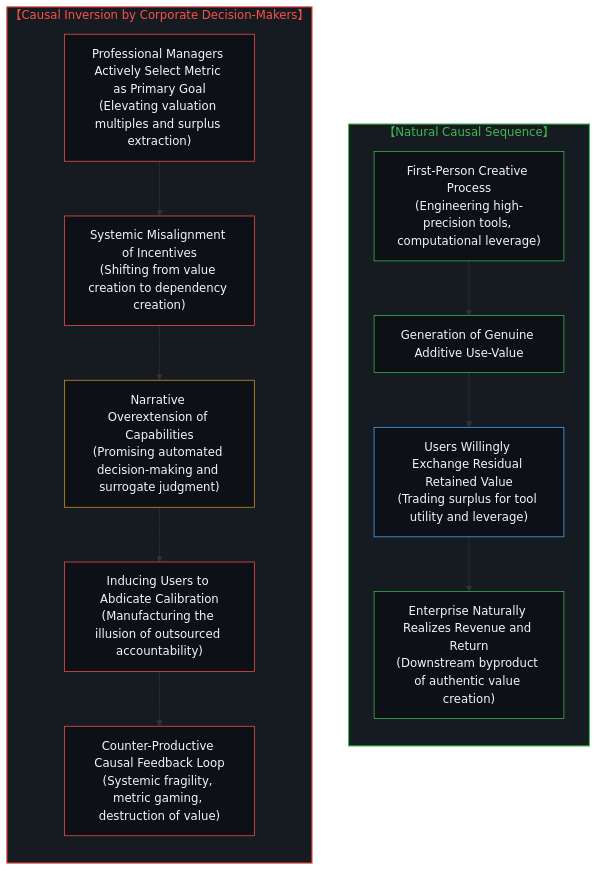
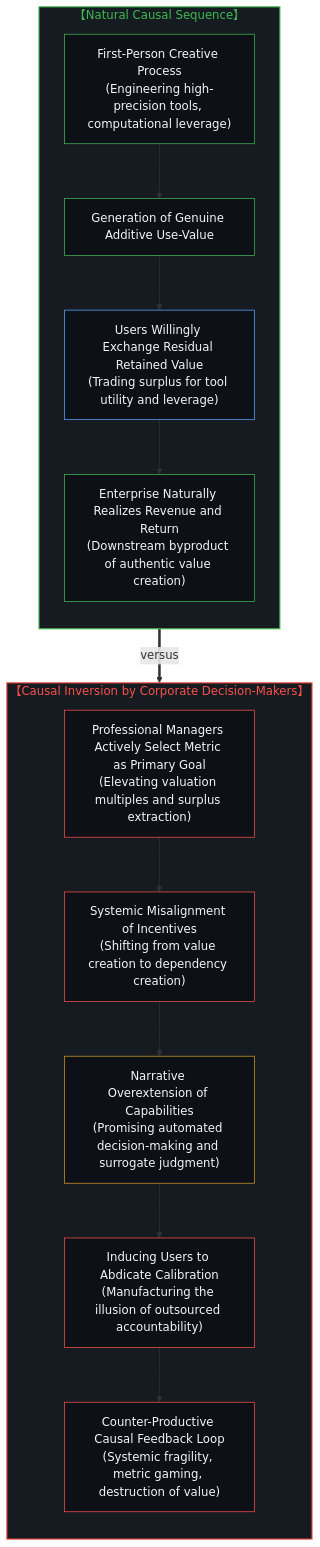
One commit to powerpig99/not-a-toe changed the sixth of 12 diagrams in content/posts/the-delegation-of-the-task-and-the-inalienability-of-consequences.md. Above: the diagram before and after it, drawn with Mermaid. The commit also changed other lines of this file and 2 other files, not shown here.

Commit message:
Delegation essay: interleave bilingual paragraphs, vertical diagrams; reverse link to The Comment Is Not the Code

````diff
--- a/content/posts/the-delegation-of-the-task-and-the-inalienability-of-consequences.md
+++ b/content/posts/the-delegation-of-the-task-and-the-inalienability-of-consequences.md
@@ -189,29 +191,31 @@
 ```mermaid
 graph TD
     subgraph Natural_Causal_Order_EN["【Natural Causal Sequence】"]
         direction TB
         V1_EN["First-Person Creative Process<br/>(Engineering high-precision tools, computational leverage)"] --> V2_EN["Generation of Genuine Additive Use-Value"]
         V2_EN --> V3_EN["Users Willingly Exchange Residual Retained Value<br/>(Trading surplus for tool utility and leverage)"]
         V3_EN --> V4_EN["Enterprise Naturally Realizes Revenue and Return<br/>(Downstream byproduct of authentic value creation)"]
     end
 
     subgraph Inverted_Causal_Order_EN["【Causal Inversion by Corporate Decision-Makers】"]
         direction TB
         I1_EN["Professional Managers Actively Select Metric as Primary Goal<br/>(Elevating valuation multiples and surplus extraction)"] --> I2_EN["Systemic Misalignment of Incentives<br/>(Shifting from value creation to dependency creation)"]
         I2_EN --> I3_EN["Narrative Overextension of Capabilities<br/>(Promising automated decision-making and surrogate judgment)"]
         I3_EN --> I4_EN["Inducing Users to Abdicate Calibration<br/>(Manufacturing the illusion of outsourced accountability)"]
         I4_EN --> I5_EN["Counter-Productive Causal Feedback Loop<br/>(Systemic fragility, metric gaming, destruction of value)"]
     end
 
+    Natural_Causal_Order_EN ==>|"versus"| Inverted_Causal_Order_EN
+
     style Natural_Causal_Order_EN fill:#161b22,stroke:#3fb950,stroke-width:1.5px,color:#3fb950
     style Inverted_Causal_Order_EN fill:#161b22,stroke:#f85149,stroke-width:1.5px,color:#f85149
     style V1_EN fill:#0d1117,stroke:#3fb950,stroke-width:1px,color:#f0f6fc
     style V2_EN fill:#0d1117,stroke:#3fb950,stroke-width:1px,color:#f0f6fc
     style V3_EN fill:#0d1117,stroke:#58a6ff,stroke-width:1px,color:#f0f6fc
     style V4_EN fill:#0d1117,stroke:#3fb950,stroke-width:1px,color:#f0f6fc
     style I1_EN fill:#0d1117,stroke:#f85149,stroke-width:1px,color:#f0f6fc
     style I2_EN fill:#0d1117,stroke:#f85149,stroke-width:1px,color:#f0f6fc
     style I3_EN fill:#0d1117,stroke:#d29922,stroke-width:1px,color:#f0f6fc
     style I4_EN fill:#0d1117,stroke:#f85149,stroke-width:1px,color:#f0f6fc
     style I5_EN fill:#0d1117,stroke:#f85149,stroke-width:1px,color:#f0f6fc
 ```
````
